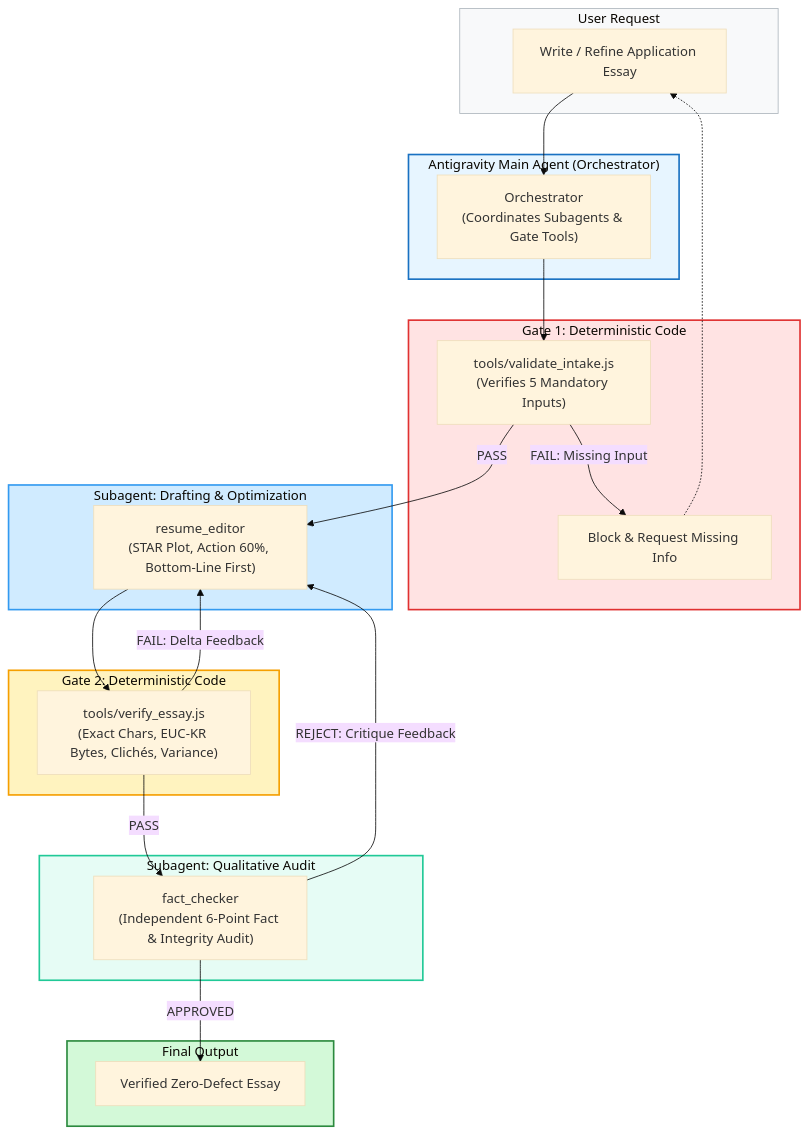
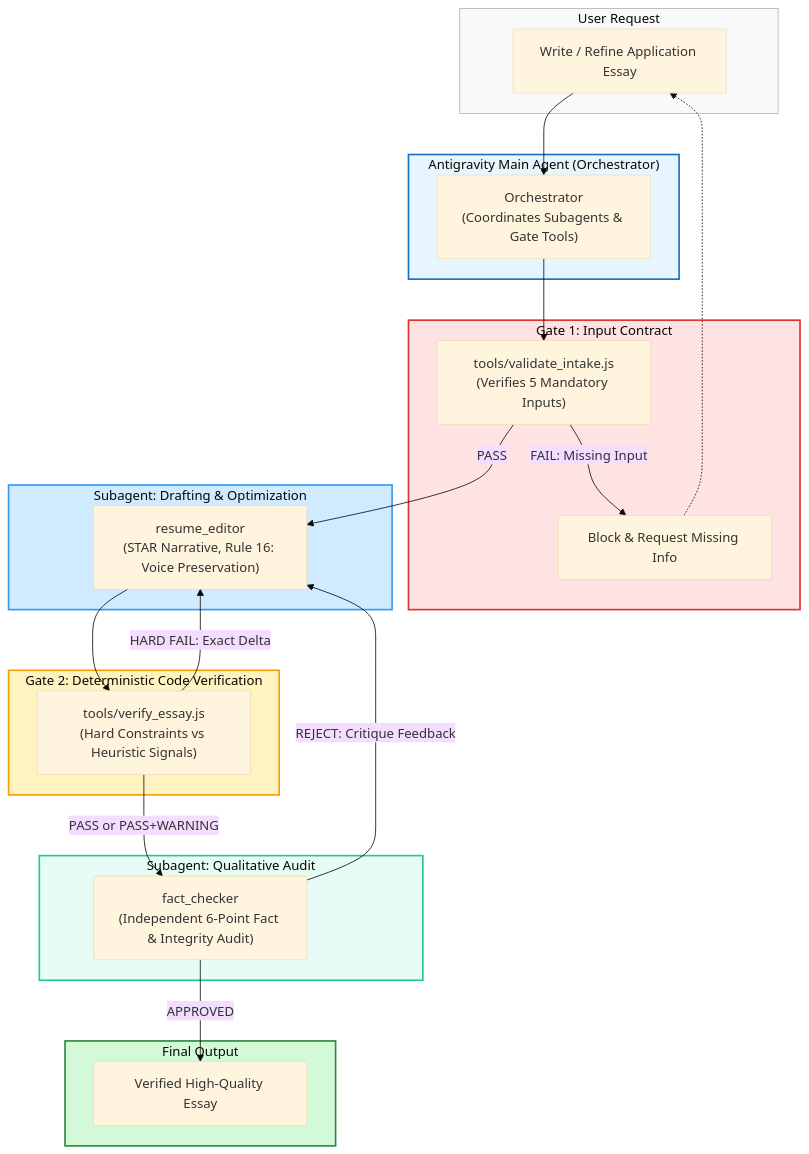
One commit to BR8KTIME/Resume-Helper-AgenticAI changed the diagram in README.md. Above: the diagram before and after it, drawn with Mermaid (base theme). The commit also changed other lines of this file and 1 other file, not shown here.

Commit message:
docs: Update README.md with decoupled architecture, v2.0 verification pipeline, and test suites

````diff
--- a/README.md
+++ b/README.md
@@ -30,50 +28,50 @@
 ```mermaid
 flowchart TD
     subgraph SG_User["User Request"]
         Req["Write / Refine Application Essay"]
     end
 
     subgraph SG_Orch["Antigravity Main Agent (Orchestrator)"]
         Orch["Orchestrator<br/>(Coordinates Subagents & Gate Tools)"]
     end
 
-    subgraph SG_Gate1["Gate 1: Deterministic Code"]
+    subgraph SG_Gate1["Gate 1: Input Contract"]
         VIntake["tools/validate_intake.js<br/>(Verifies 5 Mandatory Inputs)"]
         UserPrompt["Block & Request Missing Info"]
     end
 
     subgraph SG_Editor["Subagent: Drafting & Optimization"]
-        Editor["resume_editor<br/>(STAR Plot, Action 60%, Bottom-Line First)"]
+        Editor["resume_editor<br/>(STAR Narrative, Rule 16: Voice Preservation)"]
     end
 
-    subgraph SG_Gate2["Gate 2: Deterministic Code"]
-        VEssay["tools/verify_essay.js<br/>(Exact Chars, EUC-KR Bytes, Clichés, Variance)"]
+    subgraph SG_Gate2["Gate 2: Deterministic Code Verification"]
+        VEssay["tools/verify_essay.js<br/>(Hard Constraints vs Heuristic Signals)"]
     end
 
     subgraph SG_Checker["Subagent: Qualitative Audit"]
         Checker["fact_checker<br/>(Independent 6-Point Fact & Integrity Audit)"]
     end
 
     subgraph SG_Result["Final Output"]
-        Done["Verified Zero-Defect Essay"]
+        Done["Verified High-Quality Essay"]
     end
 
     Req --> Orch
     Orch --> VIntake
     VIntake -->|"FAIL: Missing Input"| UserPrompt
     UserPrompt -.-> Req
     VIntake -->|"PASS"| Editor
     Editor --> VEssay
-    VEssay -->|"FAIL: Delta Feedback"| Editor
-    VEssay -->|"PASS"| Checker
+    VEssay -->|"HARD FAIL: Exact Delta"| Editor
+    VEssay -->|"PASS or PASS+WARNING"| Checker
     Checker -->|"REJECT: Critique Feedback"| Editor
     Checker -->|"APPROVED"| Done
 
     style SG_User fill:#f8f9fa,stroke:#adb5bd,stroke-width:1px
     style SG_Gate1 fill:#ffe3e3,stroke:#e03131,stroke-width:2px
     style SG_Orch fill:#e7f5ff,stroke:#1971c2,stroke-width:2px
     style SG_Editor fill:#d0ebff,stroke:#339af0,stroke-width:2px
     style SG_Gate2 fill:#fff3bf,stroke:#f59f00,stroke-width:2px
     style SG_Checker fill:#e6fcf5,stroke:#20c997,stroke-width:2px
     style SG_Result fill:#d3f9d8,stroke:#2b8a3e,stroke-width:2px
 ```
````
